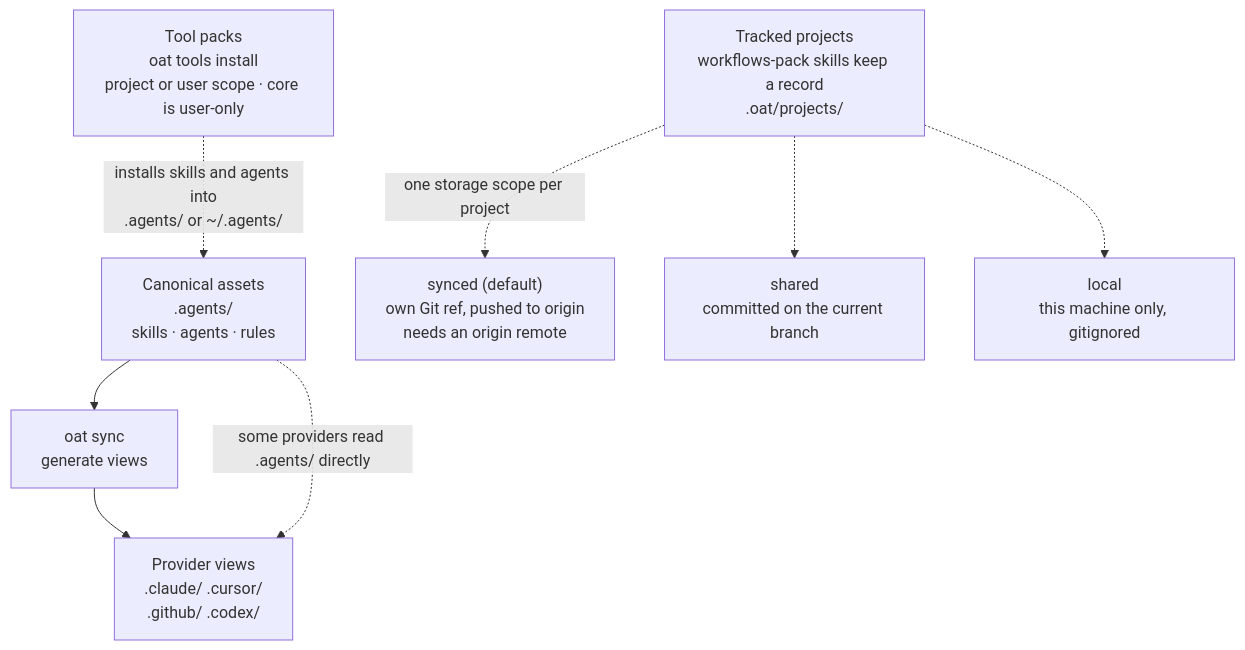
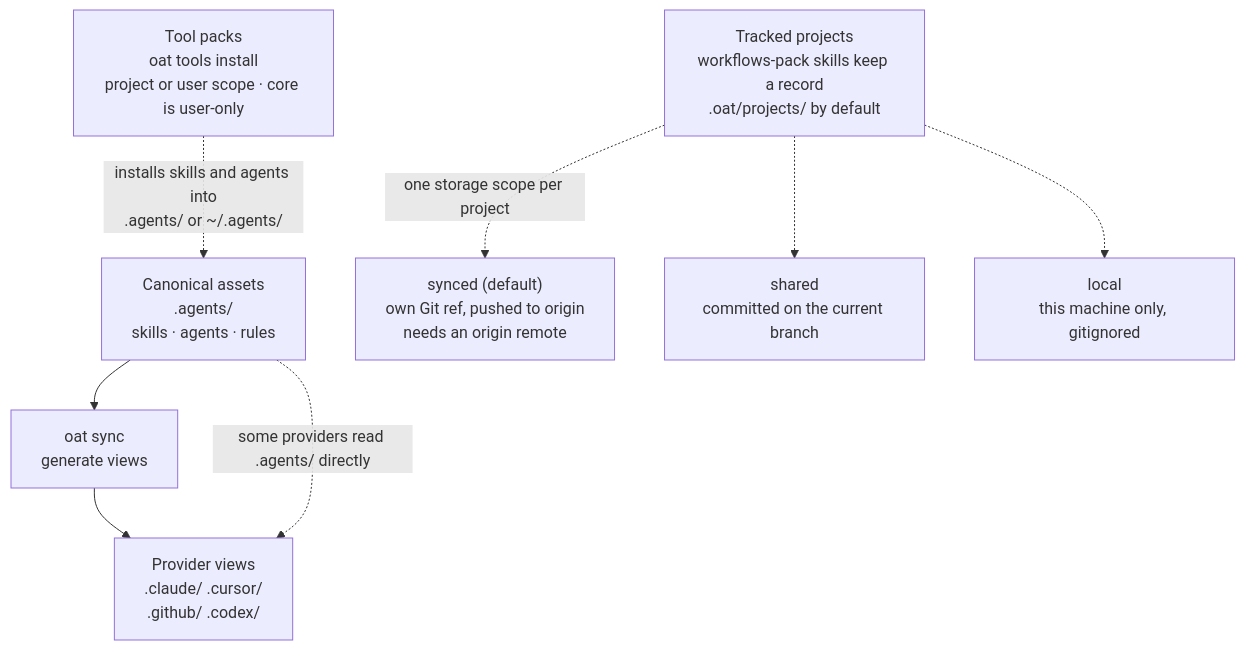
Before and after one commit to voxmedia/open-agent-toolkit: the first of 2 diagrams in apps/oat-docs/docs/getting-started/concepts.md, drawn with Mermaid. The commit also changed other lines of this file and 4 other files, not shown here.

First line of the commit message:
docs: mark .oat/projects/ as the default root and keep README starting recipes

````diff
--- a/apps/oat-docs/docs/getting-started/concepts.md
+++ b/apps/oat-docs/docs/getting-started/concepts.md
@@ -21,13 +21,13 @@
     ```mermaid
     flowchart TD
       accTitle: OAT at a glance
-      accDescr: Canonical skills, agents and rules in .agents/ flow through oat sync into provider views, and some providers read .agents/ directly. Tool packs install skills and agents into .agents/ or ~/.agents/. Tracked projects keep a record under .oat/projects/ in one storage scope: synced by default, shared or local. Use any part on its own.
+      accDescr: Canonical skills, agents and rules in .agents/ flow through oat sync into provider views, and some providers read .agents/ directly. Tool packs install skills and agents into .agents/ or ~/.agents/. Tracked projects keep a record under .oat/projects/ by default, in one storage scope: synced by default, shared or local. Use any part on its own.
       CANON["Canonical assets\n.agents/\nskills · agents · rules"] --> SYNC["oat sync\ngenerate views"]
       SYNC --> VIEWS["Provider views\n.claude/ .cursor/\n.github/ .codex/"]
       CANON -.->|"some providers read .agents/ directly"| VIEWS
       PACKS["Tool packs\noat tools install\nproject or user scope · core is user-only"] -.->|"installs skills and agents into\n.agents/ or ~/.agents/"| CANON
-      PROJECTS["Tracked projects\nworkflows-pack skills keep a record\n.oat/projects/"] -.->|"one storage scope per project"| SYNCED["synced (default)\nown Git ref, pushed to origin\nneeds an origin remote"]
+      PROJECTS["Tracked projects\nworkflows-pack skills keep a record\n.oat/projects/ by default"] -.->|"one storage scope per project"| SYNCED["synced (default)\nown Git ref, pushed to origin\nneeds an origin remote"]
       PROJECTS -.-> SHARED["shared\ncommitted on the current branch"]
       PROJECTS -.-> LOCAL["local\nthis machine only, gitignored"]
       %% Footer in the SVGs: Use any part on its own; combine them when useful.
     ```
````
